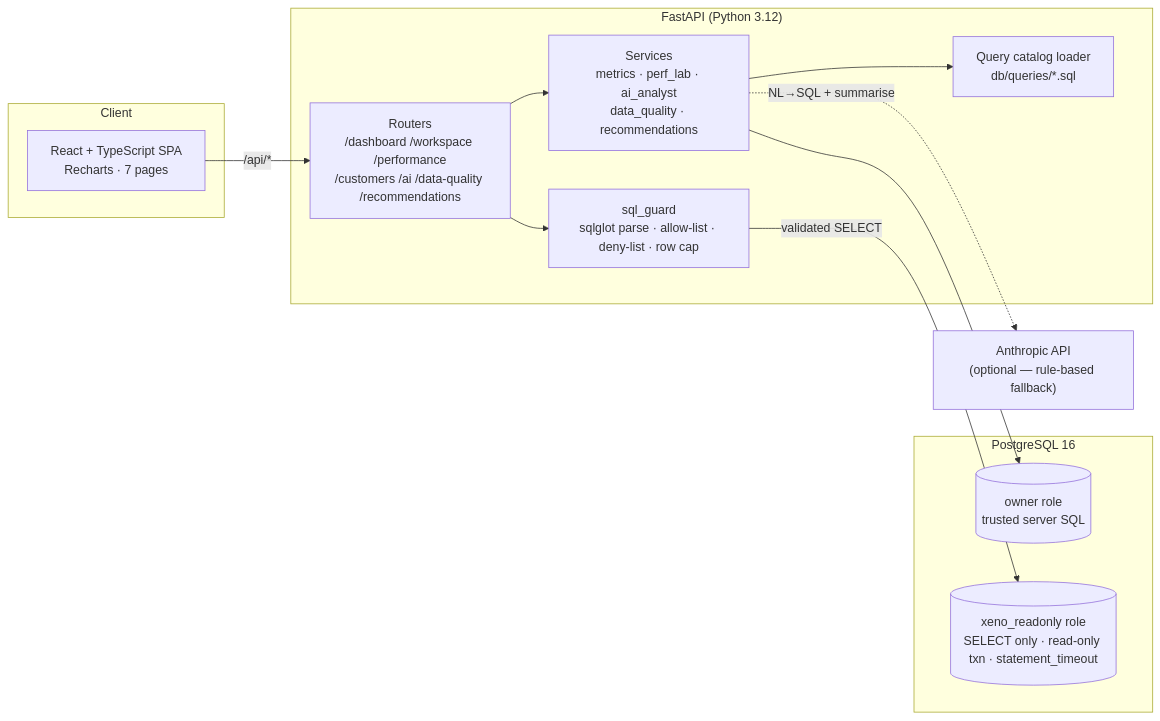
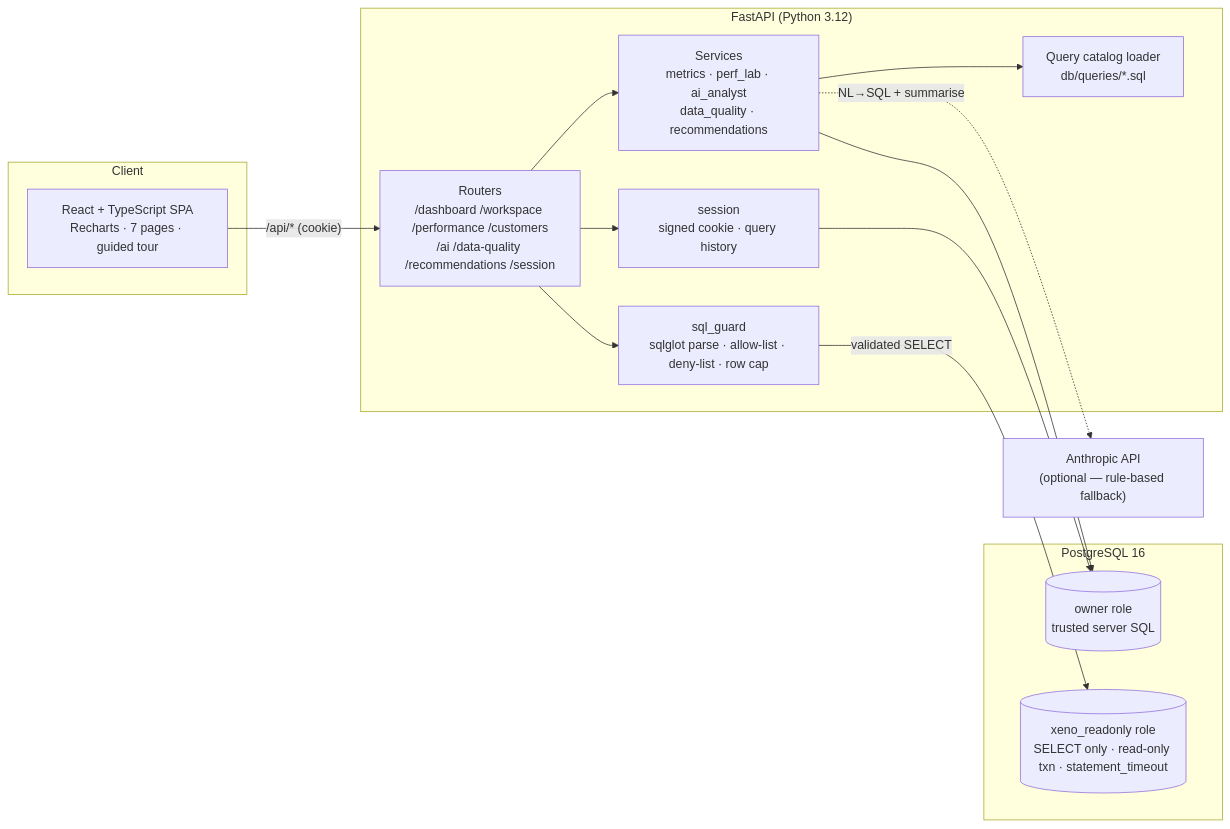
One commit to shauryaverma03/Retail-Intelligence-Platform changed the diagram in README.md. Above: the diagram before and after it, drawn with Mermaid. The commit also changed other lines of this file and 2 other files, not shown here.

````diff
--- a/README.md
+++ b/README.md
@@ -61,25 +116,28 @@
 ```mermaid
 flowchart LR
   subgraph Client
-    UI["React + TypeScript SPA<br/>Recharts · 7 pages"]
+    UI["React + TypeScript SPA<br/>Recharts · 7 pages · guided tour"]
   end
   subgraph API["FastAPI (Python 3.12)"]
-    R["Routers<br/>/dashboard /workspace /performance<br/>/customers /ai /data-quality /recommendations"]
+    R["Routers<br/>/dashboard /workspace /performance /customers<br/>/ai /data-quality /recommendations /session"]
     G["sql_guard<br/>sqlglot parse · allow-list · deny-list · row cap"]
     S["Services<br/>metrics · perf_lab · ai_analyst<br/>data_quality · recommendations"]
     CAT["Query catalog loader<br/>db/queries/*.sql"]
+    SE["session<br/>signed cookie · query history"]
   end
   subgraph DB["PostgreSQL 16"]
     OWN[("owner role<br/>trusted server SQL")]
     RO[("xeno_readonly role<br/>SELECT only · read-only txn · statement_timeout")]
   end
   LLM["Anthropic API<br/>(optional — rule-based fallback)"]
 
-  UI -->|"/api/*"| R
+  UI -->|"/api/*  (cookie)"| R
   R --> S
   R --> G
+  R --> SE
   S --> CAT
   S --> OWN
+  SE --> OWN
   G -->|"validated SELECT"| RO
   S -.->|NL→SQL + summarise| LLM
 ```
````
